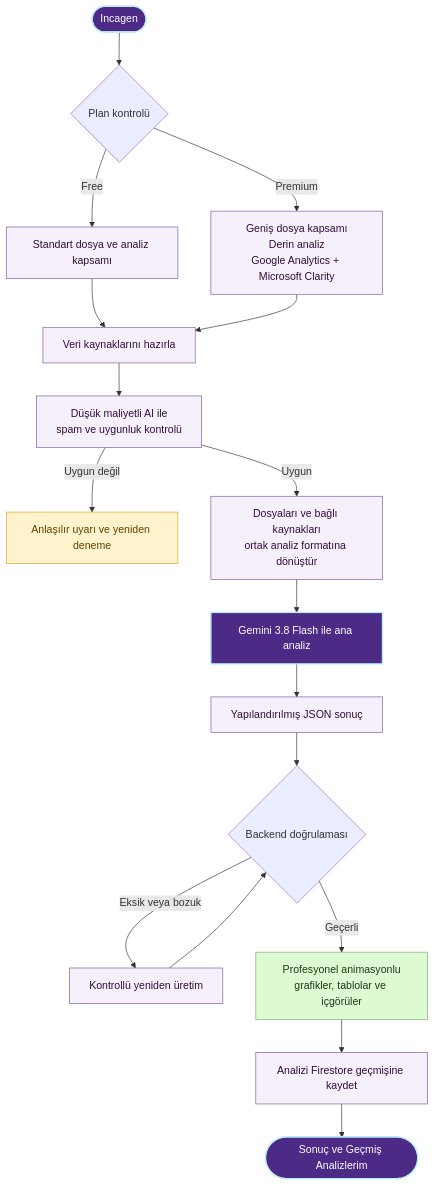
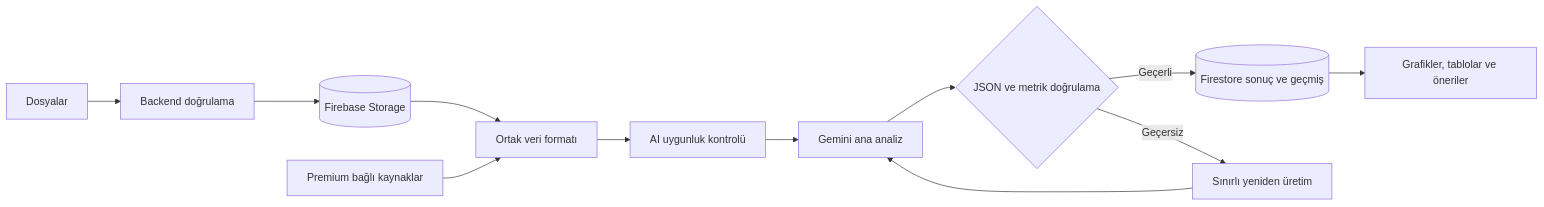
Before and after one commit to tarik-taskin/Incagen: the diagram in FLOW.md, drawn with Mermaid. The commit also changed other lines of this file and 5 other files, not shown here.

````diff
--- a/FLOW.md
+++ b/FLOW.md
@@ -24,35 +31,14 @@
 ```mermaid
-flowchart TD
-    START([Incagen]) --> PLAN{Plan kontrolü}
-
-    PLAN -->|Free| FREE[Standart dosya ve analiz kapsamı]
-    PLAN -->|Premium| PREMIUM[Geniş dosya kapsamı<br/>Derin analiz<br/>Google Analytics + Microsoft Clarity]
-
-    FREE --> SOURCE[Veri kaynaklarını hazırla]
-    PREMIUM --> SOURCE
-
-    SOURCE --> GATE[Düşük maliyetli AI ile<br/>spam ve uygunluk kontrolü]
-    GATE -->|Uygun değil| REJECT[Anlaşılır uyarı ve yeniden deneme]
-    GATE -->|Uygun| NORMALIZE[Dosyaları ve bağlı kaynakları<br/>ortak analiz formatına dönüştür]
-
-    NORMALIZE --> ANALYZE[Gemini 3.8 Flash ile ana analiz]
-    ANALYZE --> JSON[Yapılandırılmış JSON sonuç]
-    JSON --> VALIDATE{Backend doğrulaması}
-
-    VALIDATE -->|Eksik veya bozuk| RETRY[Kontrollü yeniden üretim]
-    RETRY --> VALIDATE
-    VALIDATE -->|Geçerli| OUTPUT[Profesyonel animasyonlu<br/>grafikler, tablolar ve içgörüler]
-
-    OUTPUT --> HISTORY[Analizi Firestore geçmişine kaydet]
-    HISTORY --> END([Sonuç ve Geçmiş Analizlerim])
-
-    classDef primary fill:#4C2A85,color:#FFFFFF,stroke:#BCEDF6,stroke-width:2px;
-    classDef process fill:#F5F0FA,color:#320E3B,stroke:#7B5AA6,stroke-width:1px;
-    classDef success fill:#DDFBD2,color:#1D3A18,stroke:#79A86A,stroke-width:1px;
-    classDef warning fill:#FFF3CD,color:#5C4300,stroke:#D5A524,stroke-width:1px;
-
-    class START,ANALYZE,END primary;
-    class FREE,PREMIUM,SOURCE,GATE,NORMALIZE,JSON,RETRY,HISTORY process;
-    class OUTPUT success;
-    class REJECT warning;
+flowchart LR
+    FILES[Dosyalar] --> CHECK[Backend doğrulama]
+    CHECK --> STORAGE[(Firebase Storage)]
+    STORAGE --> PREP[Ortak veri formatı]
+    SOURCES[Premium bağlı kaynaklar] --> PREP
+    PREP --> GATE[AI uygunluk kontrolü]
+    GATE --> AI[Gemini ana analiz]
+    AI --> JSON{JSON ve metrik doğrulama}
+    JSON -->|Geçerli| DB[(Firestore sonuç ve geçmiş)]
+    JSON -->|Geçersiz| RETRY[Sınırlı yeniden üretim]
+    RETRY --> AI
+    DB --> UI[Grafikler, tablolar ve öneriler]
 ```
````
